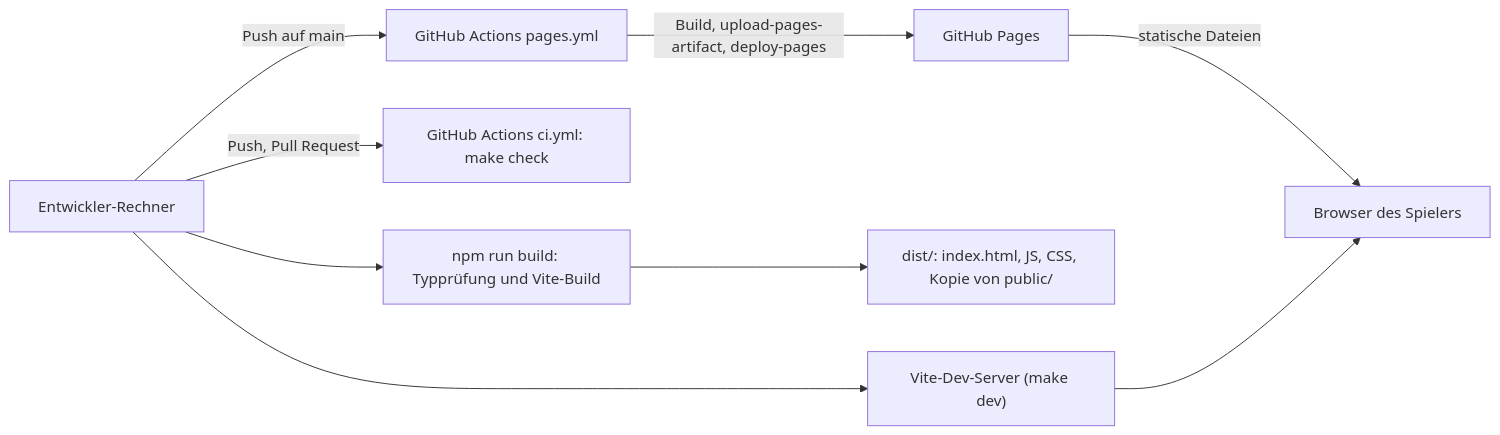
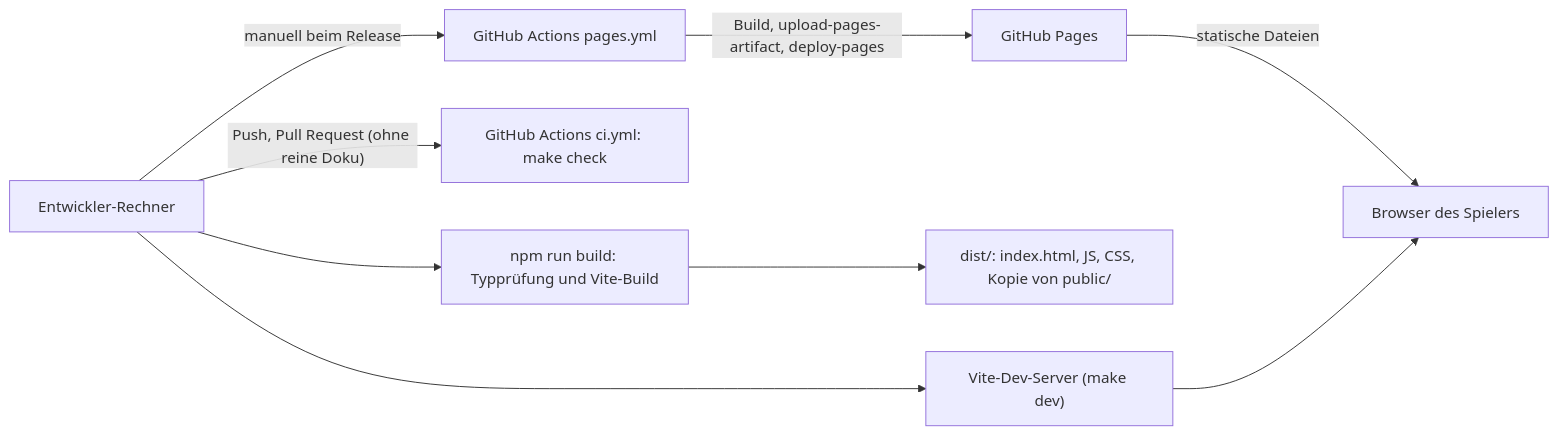
Before and after one commit to konstantinniedermann/Inselreich: diagram 11 of 12 in docs/arc42.md, drawn with Mermaid. The commit also changed 2 other files, not shown here.

Commit message:
docs: Integrator pusht gebündelt am Session-Ende, Pages manuell (N-98, R335)
Claude-Session: https://claude.ai/code/session_01JCjfvo9zWofizRcRoSadqs

````diff
--- a/docs/arc42.md
+++ b/docs/arc42.md
@@ -544,18 +544,18 @@
 ```mermaid
 flowchart LR
   Dev["Entwickler-Rechner"]
   Vite["Vite-Dev-Server (make dev)"]
   Build["npm run build: Typprüfung und Vite-Build"]
   Dist["dist/: index.html, JS, CSS, Kopie von public/"]
   CI["GitHub Actions ci.yml: make check"]
   Pages["GitHub Actions pages.yml"]
   GHP["GitHub Pages"]
   Browser["Browser des Spielers"]
   Dev --> Vite
   Dev --> Build --> Dist
-  Dev -->|"Push, Pull Request"| CI
-  Dev -->|"Push auf main"| Pages
+  Dev -->|"Push, Pull Request (ohne reine Doku)"| CI
+  Dev -->|"manuell beim Release"| Pages
   Pages -->|"Build, upload-pages-artifact, deploy-pages"| GHP
   GHP -->|"statische Dateien"| Browser
   Vite --> Browser
 ```
````
